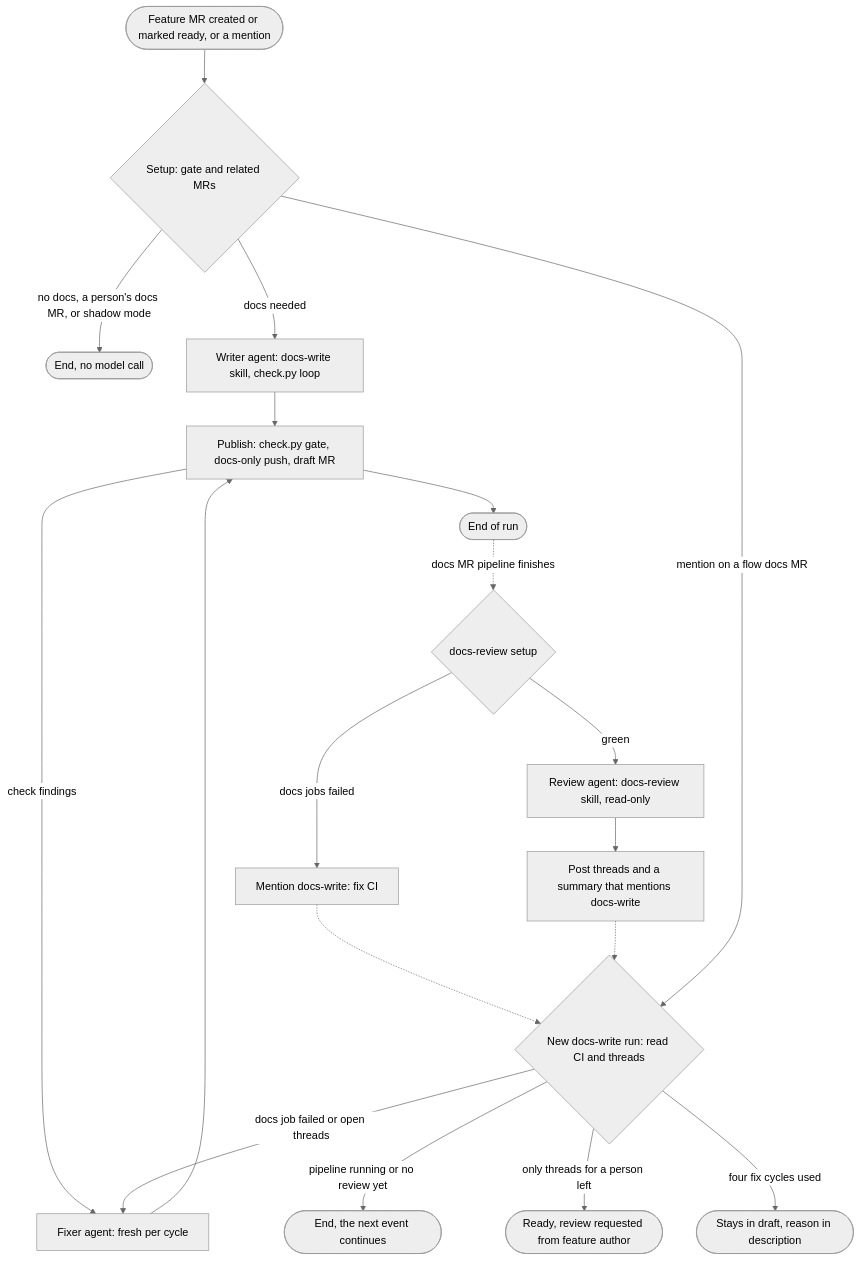
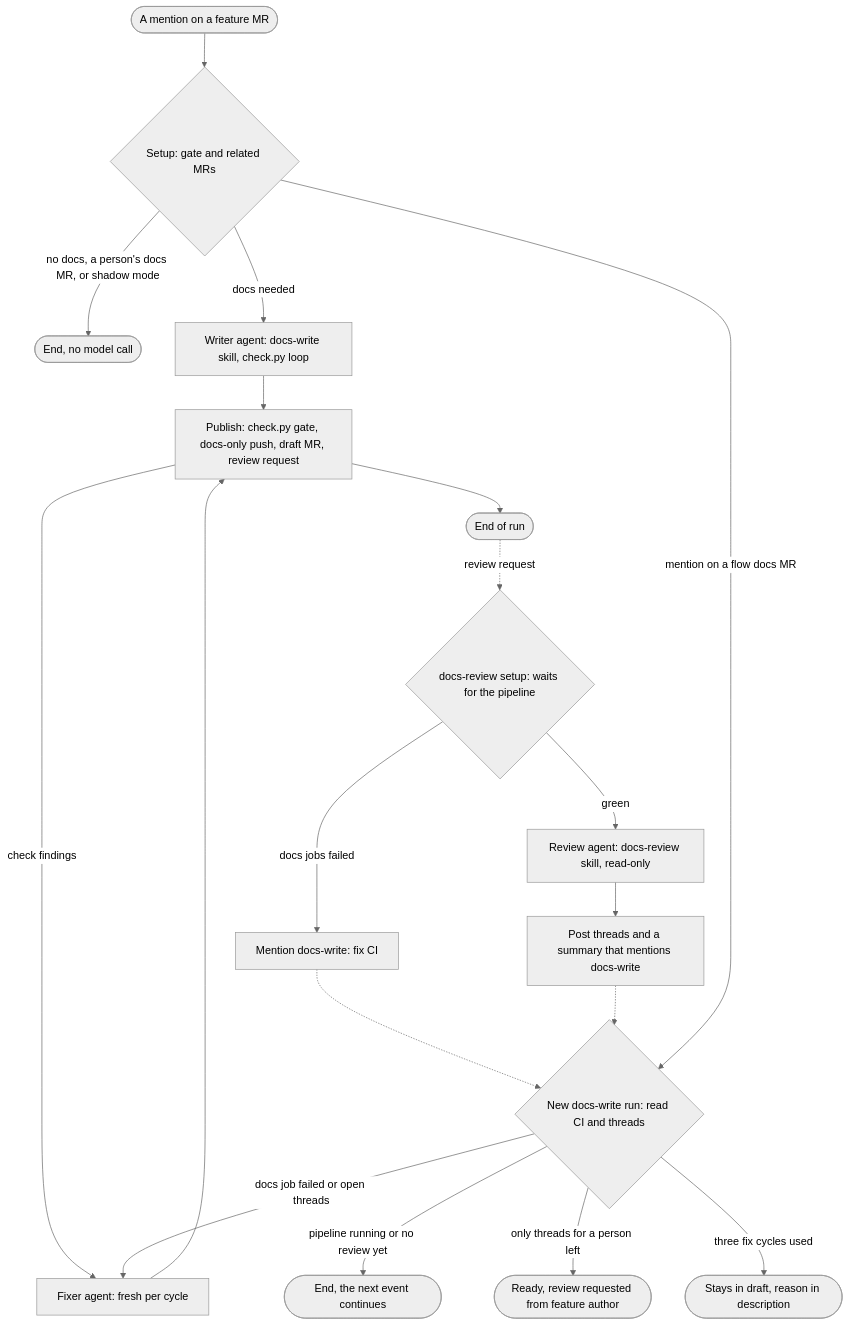
One commit to gitlabhq/orbit-knowledge-graph changed the diagram in docs/pages/engineering/development/docs-write-flow.md. Above: the diagram before and after it, drawn with Mermaid (neutral theme). The commit also changed other lines of this file, not shown here.

First line of the commit message:
docs(engineering): match the docs-write flow page to the cap of three and the review request

````diff
--- a/docs/pages/engineering/development/docs-write-flow.md
+++ b/docs/pages/engineering/development/docs-write-flow.md
@@ -18,24 +23,24 @@
 ```mermaid
 flowchart TD
     accTitle: The docs-write and docs-review flows
-    accDescr: A feature MR event or a mention starts docs-write. A script gate and a related-MR check decide whether to write. A writer agent writes the change with a check loop, and a publish script checks it again, pushes, and ends the run. The docs MR pipeline starts the separate docs-review flow. On failed docs jobs, docs-review mentions docs-write to fix CI. On green, it posts one inline thread per finding at importance 4 or more and a summary note that mentions docs-write. Each mention starts a new docs-write run that reads the MR, fixes and pushes, or hands off. After four fix cycles the MR stays in draft.
+    accDescr: A mention on a feature MR starts docs-write. A script gate and a related-MR check decide whether to write. A writer agent writes the change with a check loop, and a publish script checks it again, pushes, requests docs-review's review, and ends the run. The review request starts the separate docs-review flow, which waits up to 840 seconds for the head's pipeline. On failed docs jobs, docs-review mentions docs-write to fix CI. On green, it posts one inline thread per finding at importance 4 or more and a summary note that mentions docs-write. Each mention starts a new docs-write run that reads the MR, fixes and pushes, or hands off. After three fix cycles the MR stays in draft.
 
-    A([Feature MR created or marked ready, or a mention]) --> G{Setup: gate and related MRs}
+    A([A mention on a feature MR]) --> G{Setup: gate and related MRs}
     G -->|no docs, a person's docs MR, or shadow mode| E1([End, no model call])
     G -->|docs needed| W[Writer agent: docs-write skill, check.py loop]
-    W --> P[Publish: check.py gate, docs-only push, draft MR]
+    W --> P[Publish: check.py gate, docs-only push, draft MR, review request]
     P -->|check findings| F[Fixer agent: fresh per cycle]
     F --> P
     P --> E2([End of run])
-    E2 -.->|docs MR pipeline finishes| R{docs-review setup}
+    E2 -.->|review request| R{docs-review setup: waits for the pipeline}
     R -->|docs jobs failed| M[Mention docs-write: fix CI]
     R -->|green| V[Review agent: docs-review skill, read-only]
     V --> S[Post threads and a summary that mentions docs-write]
     M -.-> N{New docs-write run: read CI and threads}
     S -.-> N
     G -->|mention on a flow docs MR| N
     N -->|docs job failed or open threads| F
     N -->|pipeline running or no review yet| E3([End, the next event continues])
     N -->|only threads for a person left| H([Ready, review requested from feature author])
-    N -->|four fix cycles used| D([Stays in draft, reason in description])
+    N -->|three fix cycles used| D([Stays in draft, reason in description])
 ```
````
